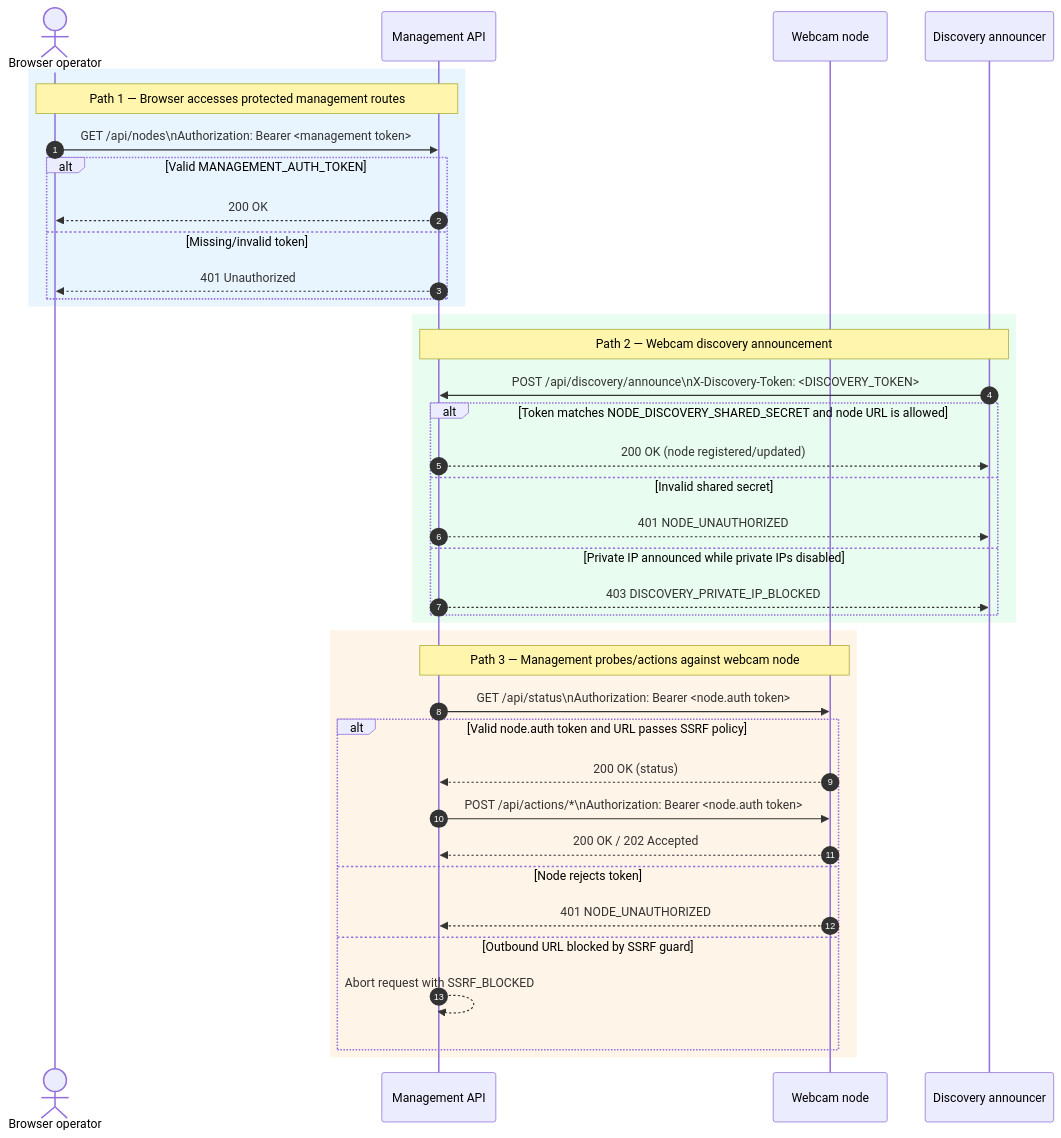
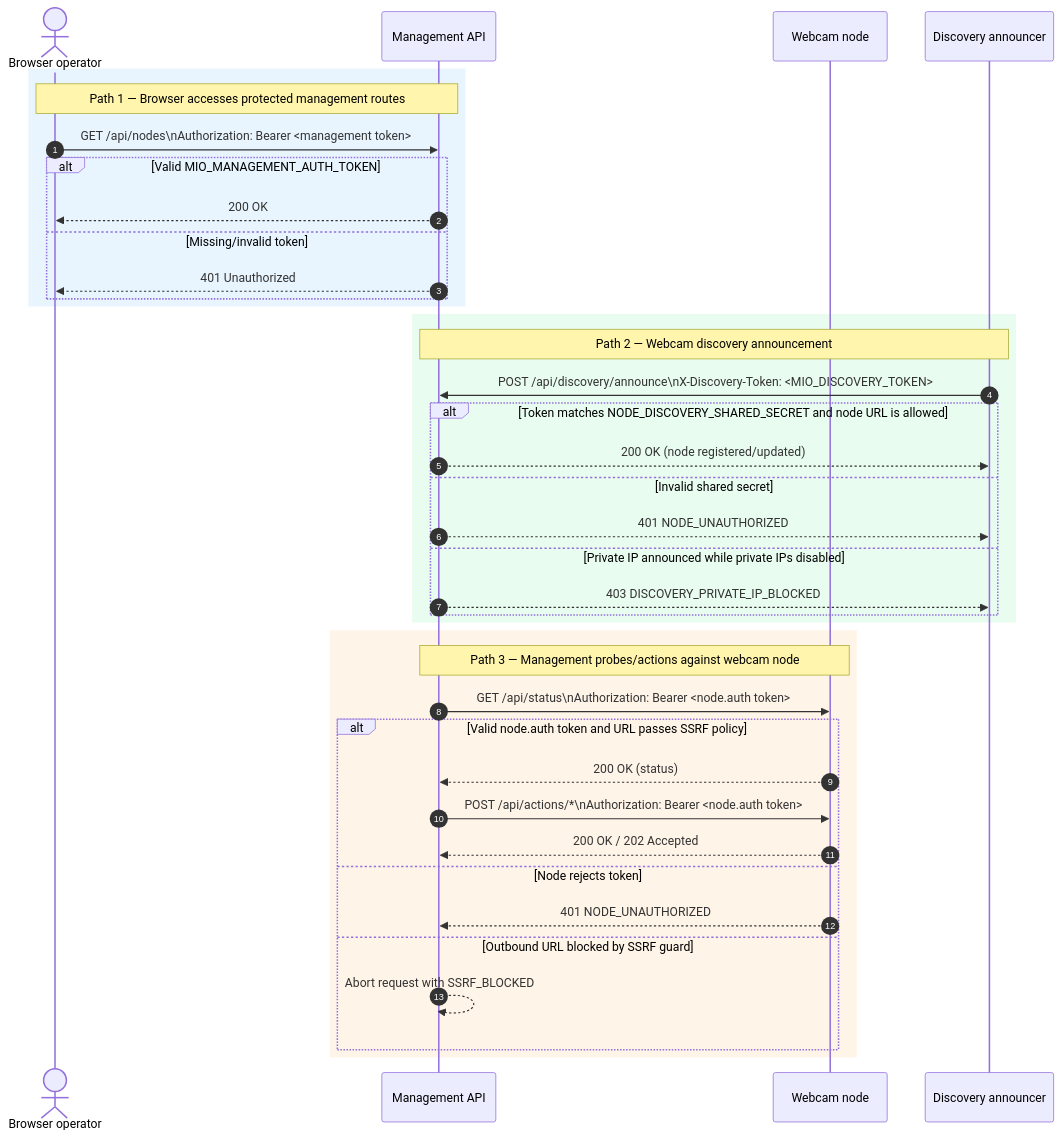
One commit to CyanAutomation/motioninocean changed the first of 2 diagrams in docs/guides/DEPLOYMENT.md. Above: the diagram before and after it, drawn with Mermaid. The commit also changed other lines of this file and 4 other files, not shown here.

````diff
--- a/docs/guides/DEPLOYMENT.md
+++ b/docs/guides/DEPLOYMENT.md
@@ -149,44 +166,44 @@
 ```mermaid
 sequenceDiagram
     autonumber
     actor Browser as Browser operator
     participant Mgmt as Management API
     participant Webcam as Webcam node
     participant Discovery as Discovery announcer
 
     rect rgb(232, 245, 255)
         Note over Browser,Mgmt: Path 1 — Browser accesses protected management routes
         Browser->>Mgmt: GET /api/nodes\nAuthorization: Bearer <management token>
-        alt Valid MANAGEMENT_AUTH_TOKEN
+        alt Valid MIO_MANAGEMENT_AUTH_TOKEN
             Mgmt-->>Browser: 200 OK
         else Missing/invalid token
             Mgmt-->>Browser: 401 Unauthorized
         end
     end
 
     rect rgb(233, 252, 240)
         Note over Discovery,Mgmt: Path 2 — Webcam discovery announcement
-        Discovery->>Mgmt: POST /api/discovery/announce\nX-Discovery-Token: <DISCOVERY_TOKEN>
+        Discovery->>Mgmt: POST /api/discovery/announce\nX-Discovery-Token: <MIO_DISCOVERY_TOKEN>
         alt Token matches NODE_DISCOVERY_SHARED_SECRET and node URL is allowed
             Mgmt-->>Discovery: 200 OK (node registered/updated)
         else Invalid shared secret
             Mgmt-->>Discovery: 401 NODE_UNAUTHORIZED
         else Private IP announced while private IPs disabled
             Mgmt-->>Discovery: 403 DISCOVERY_PRIVATE_IP_BLOCKED
         end
     end
 
     rect rgb(255, 244, 232)
         Note over Mgmt,Webcam: Path 3 — Management probes/actions against webcam node
         Mgmt->>Webcam: GET /api/status\nAuthorization: Bearer <node.auth token>
         alt Valid node.auth token and URL passes SSRF policy
             Webcam-->>Mgmt: 200 OK (status)
             Mgmt->>Webcam: POST /api/actions/*\nAuthorization: Bearer <node.auth token>
             Webcam-->>Mgmt: 200 OK / 202 Accepted
         else Node rejects token
             Webcam-->>Mgmt: 401 NODE_UNAUTHORIZED
         else Outbound URL blocked by SSRF guard
             Mgmt-->>Mgmt: Abort request with SSRF_BLOCKED
         end
     end
 ```
````
